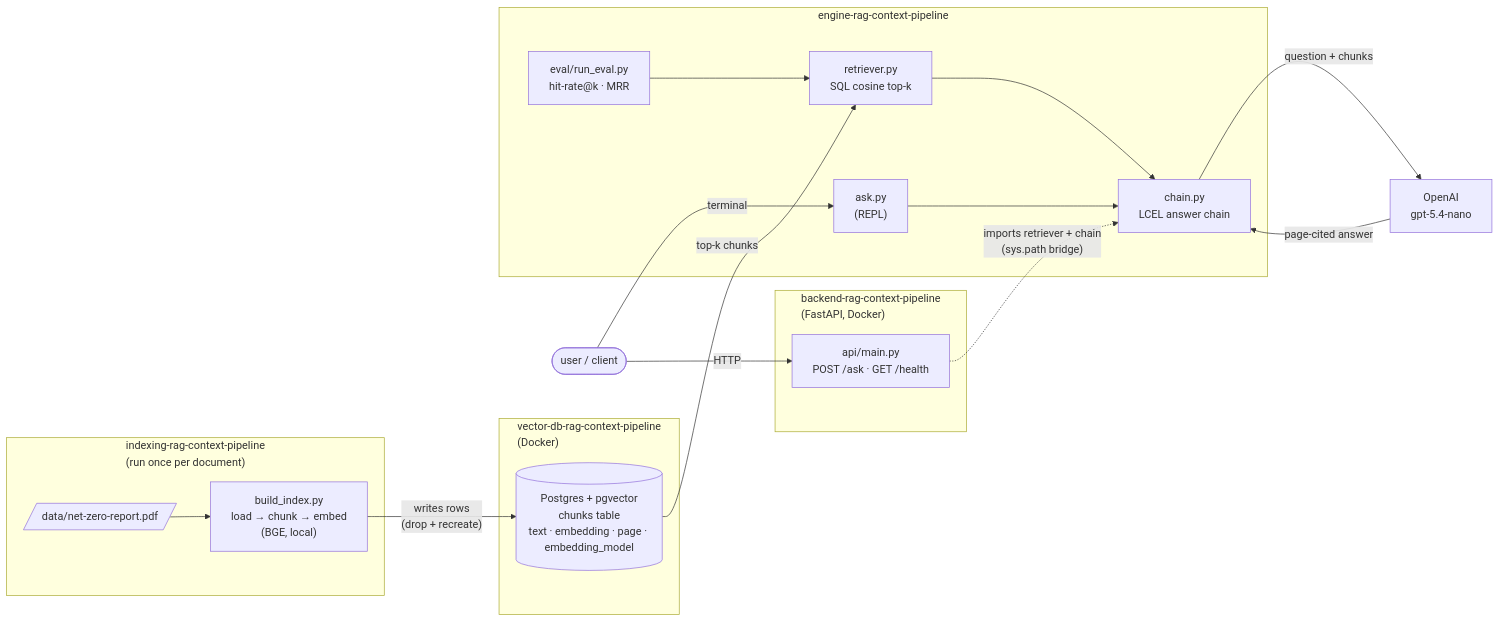
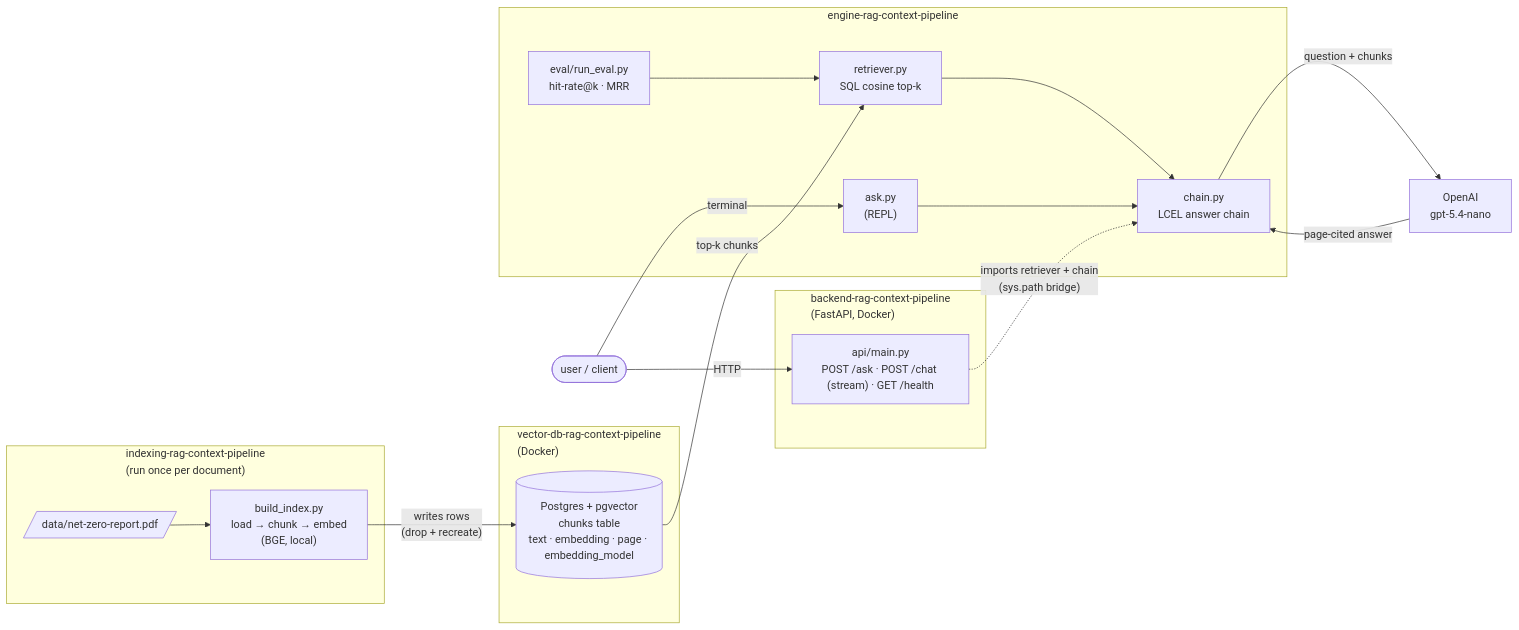
Before and after one commit to obj809/rag-context-pipeline: the diagram in README.md, drawn with Mermaid. The commit also changed other lines of this file and 2 other files, not shown here.

Commit message:
updates docs for streaming /chat integration

````diff
--- a/README.md
+++ b/README.md
@@ -26,32 +26,32 @@
 ```mermaid
 %%{init: {"flowchart": {"nodeSpacing": 110}}}%%
 flowchart LR
     subgraph indexing["indexing-rag-context-pipeline<br/>(run once per document)"]
         pdf[/"data/net-zero-report.pdf"/] --> build["build_index.py<br/>load → chunk → embed<br/>(BGE, local)"]
     end
 
     subgraph vectordb["vector-db-rag-context-pipeline<br/>(Docker)"]
         chunks[("Postgres + pgvector<br/>chunks table<br/>text · embedding · page · embedding_model")]
     end
 
     subgraph engine["engine-rag-context-pipeline"]
         retriever["retriever.py<br/>SQL cosine top-k"] --> chain["chain.py<br/>LCEL answer chain"]
         repl["ask.py<br/>(REPL)"] --> chain
         eval["eval/run_eval.py<br/>hit-rate@k · MRR"] --> retriever
     end
 
     subgraph backend["backend-rag-context-pipeline<br/>(FastAPI, Docker)"]
-        api["api/main.py<br/>POST /ask · GET /health"]
+        api["api/main.py<br/>POST /ask · POST /chat (stream) · GET /health"]
     end
 
     user([user / client])
     openai["OpenAI<br/>gpt-5.4-nano"]
 
     build -- "writes rows<br/>(drop + recreate)" --> chunks
     chunks -- "top-k chunks" --> retriever
     chain -- "question + chunks" --> openai
     openai -- "page-cited answer" --> chain
     api -. "imports retriever + chain<br/>(sys.path bridge)" .-> chain
     user -- "HTTP" --> api
     user -- "terminal" --> repl
 ```
````
